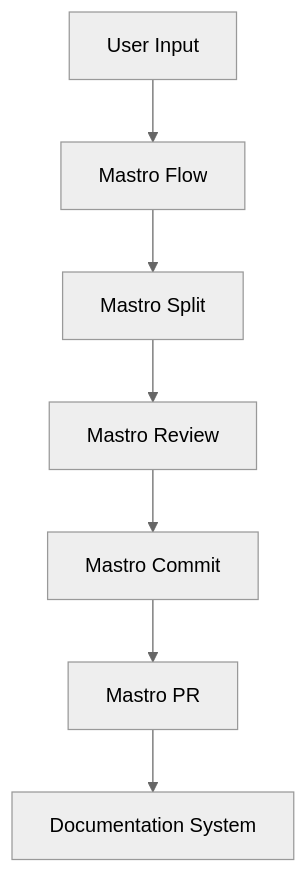
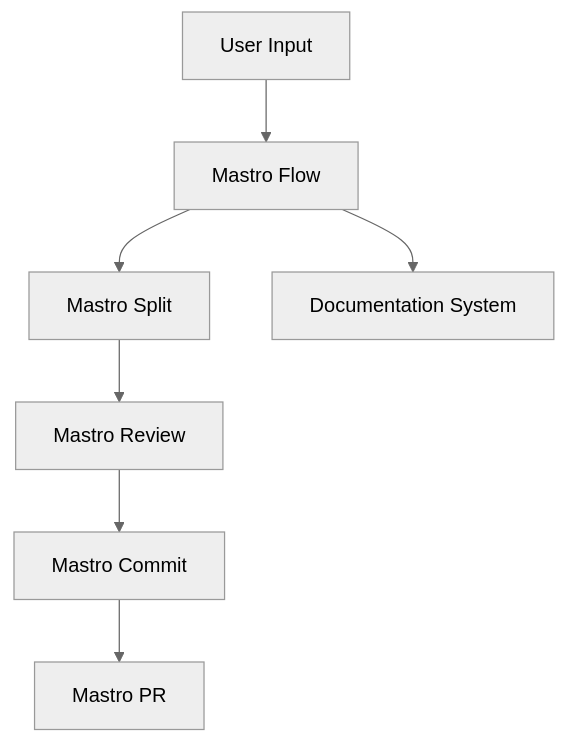
The third of 3 diagrams in docs/ARCHITECTURE.md (geogoesbeepboop/mastro), drawn with Mermaid (neutral theme) before and after one commit. The commit also changed other lines of this file and 6 other files, not shown here.

````diff
--- a/docs/ARCHITECTURE.md
+++ b/docs/ARCHITECTURE.md
@@ -149,9 +140,9 @@
 ```mermaid
-flowchart TD;
-    A[User Input] --> B[Mastro Flow];
-    B --> C[Mastro Split];
-    C --> D[Mastro Review];
-    D --> E[Mastro Commit];
-    E --> F[Mastro PR];
-    F --> G[Documentation System];
+graph TD;
+    A[User Input] --> B[Mastro Flow]
+    B --> C[Mastro Split]
+    C --> D[Mastro Review]
+    D --> E[Mastro Commit]
+    E --> F[Mastro PR]
+    B --> G[Documentation System]
 ```
````
